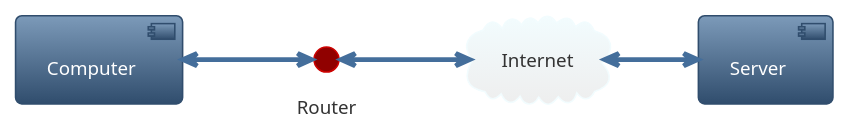
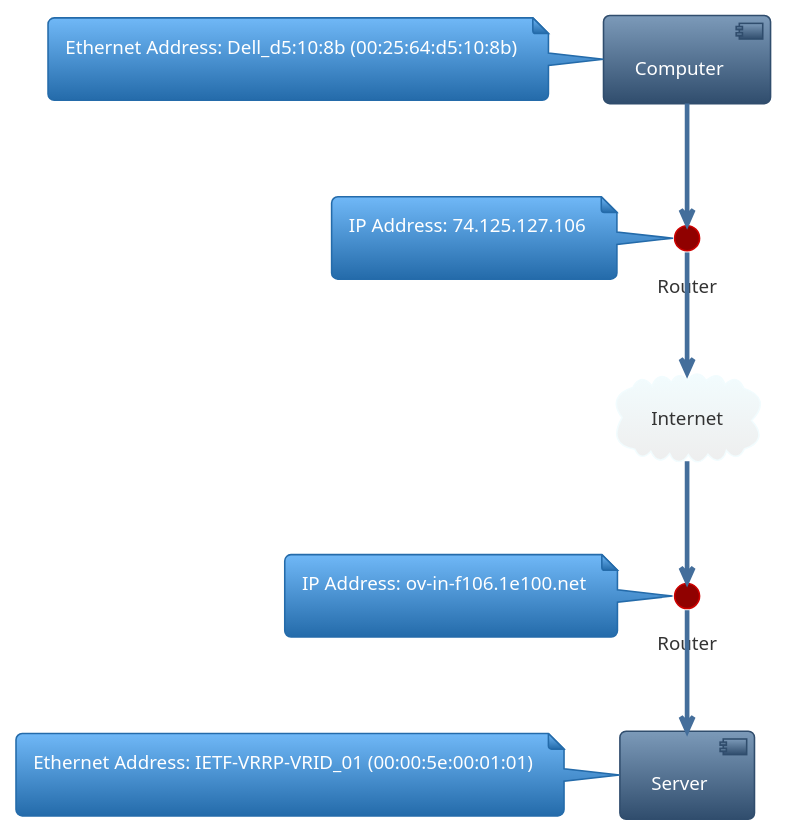
The diagram in assignment-3/diragrams/assignment3-part4.plantuml (zachporter1999/SYSC4602-Assignments), drawn with PlantUML before and after one commit. The commit also changed 3 other files, not shown here.

Commit message:
Updated the diagram for part 4.

```diff
--- a/assignment-3/diragrams/assignment3-part4.plantuml
+++ b/assignment-3/diragrams/assignment3-part4.plantuml
@@ -1,17 +1,21 @@
 @startuml
 
-left to right direction
 !theme spacelab
 
-component computer as "Computer"
-circle    router   as "Router"
-cloud     internet as "Internet"
-component server   as "Server"
+component computer   as "Computer"
+circle    src_router as "Router"
+cloud     internet   as "Internet"
+circle    dst_router as "Router"
+component server     as "Server"
 
-computer <--> router
+note left of src_router : IP Address: 74.125.127.106\n
+note left of computer   : Ethernet Address: Dell_d5:10:8b (00:25:64:d5:10:8b)\n
+note left of server     : Ethernet Address: IETF-VRRP-VRID_01 (00:00:5e:00:01:01)\n
+note left of dst_router : IP Address: ov-in-f106.1e100.net\n
 
-router <--> internet
-
-internet <--> server
+computer   --> src_router
+src_router --> internet
+internet   --> dst_router
+dst_router --> server
 
 @enduml
```
